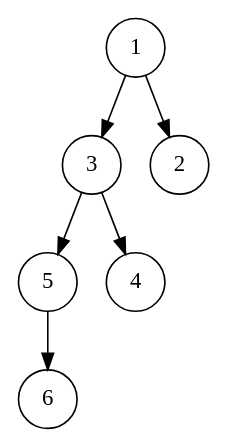
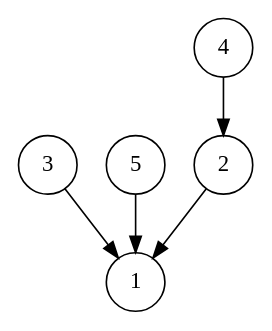
The diagram in zibi.dot (AndrewWayne/OI_Learning), drawn with Graphviz before and after one commit. The commit also changed 103 other files, not shown here.

```diff
--- a/zibi.dot
+++ b/zibi.dot
@@ -1,8 +1,7 @@
 digraph first{
     node[shape = circle]
-    1 -> 3
-    3 -> 5
-    5 -> 6
-    3 -> 4
-    1 -> 2
+    2 -> 1
+    3 -> 1
+    4 -> 2
+    5 -> 1
 }
```
